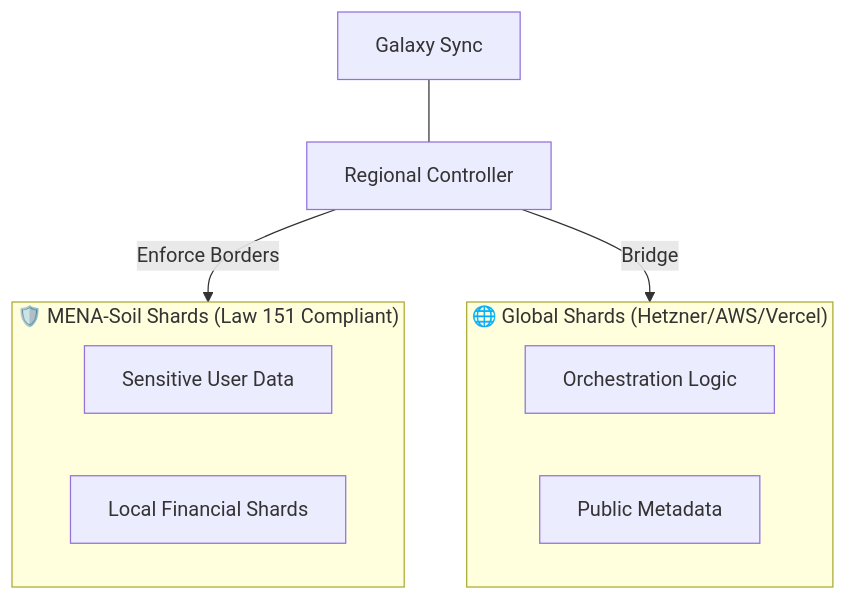
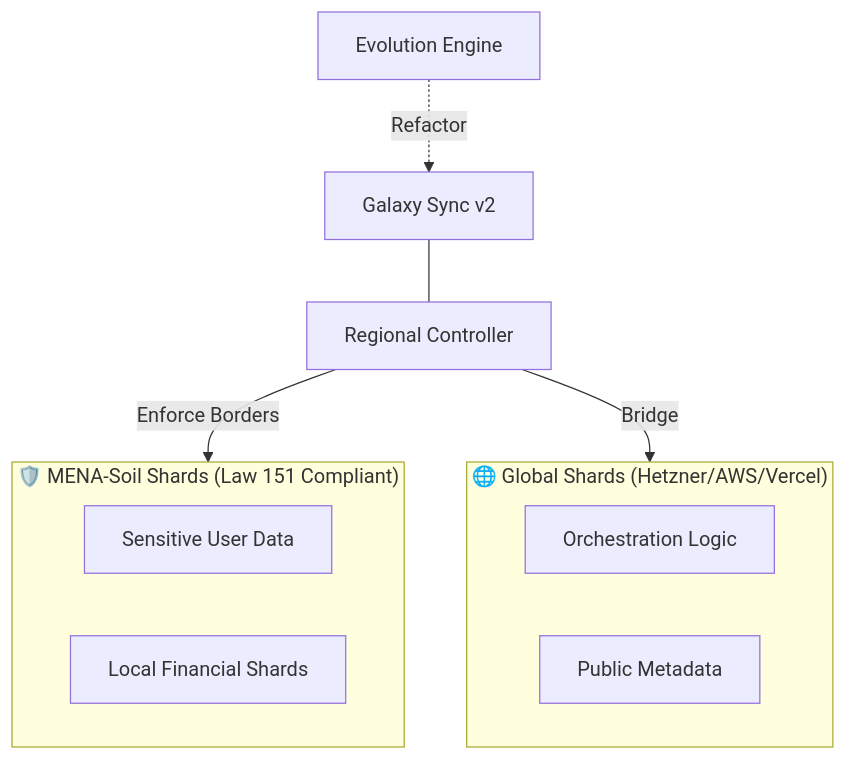
Before and after one commit to iDorgham/Ai-Workspace-Factory-AIWF: the first of 2 diagrams in README.md, drawn with Mermaid. The commit also changed other lines of this file and 2 other files, not shown here.

````diff
--- a/README.md
+++ b/README.md
@@ -17,14 +17,15 @@
 ```mermaid
 graph TD
     subgraph GLOBAL_ZONE["🌐 Global Shards (Hetzner/AWS/Vercel)"]
         G1[Orchestration Logic]
         G2[Public Metadata]
     end
     subgraph MENA_ZONE["🛡️ MENA-Soil Shards (Law 151 Compliant)"]
         M1[Sensitive User Data]
         M2[Local Financial Shards]
     end
     RC[Regional Controller] -->|Enforce Borders| MENA_ZONE
     RC -->|Bridge| GLOBAL_ZONE
-    GS[Galaxy Sync] --- RC
+    GS[Galaxy Sync v2] --- RC
+    ES[Evolution Engine] -.->|Refactor| GS
 ```
````
